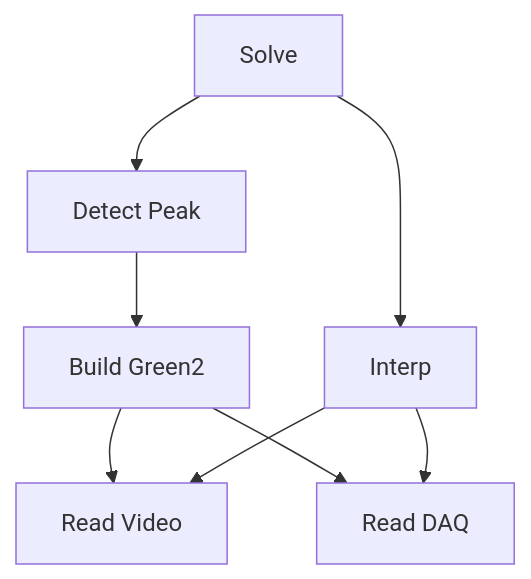
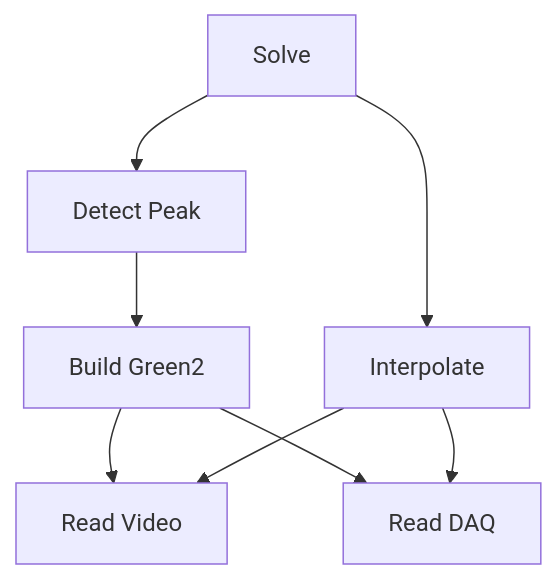
Before and after one commit to starpact/tlc: the third of 3 diagrams in README.md, drawn with Mermaid. The commit also changed other lines of this file, not shown here.

````diff
--- a/README.md
+++ b/README.md
@@ -105,10 +135,10 @@
 ```mermaid
 flowchart
     build_green2[Build Green2] --> read_video[Read Video]
     build_green2 --> read_daq[Read DAQ]
-    interp[Interp] --> read_video
+    interp[Interpolate] --> read_video
     interp --> read_daq
     detect_peak[Detect Peak] --> build_green2
     solve[Solve] --> detect_peak
     solve --> interp
 ```
````
